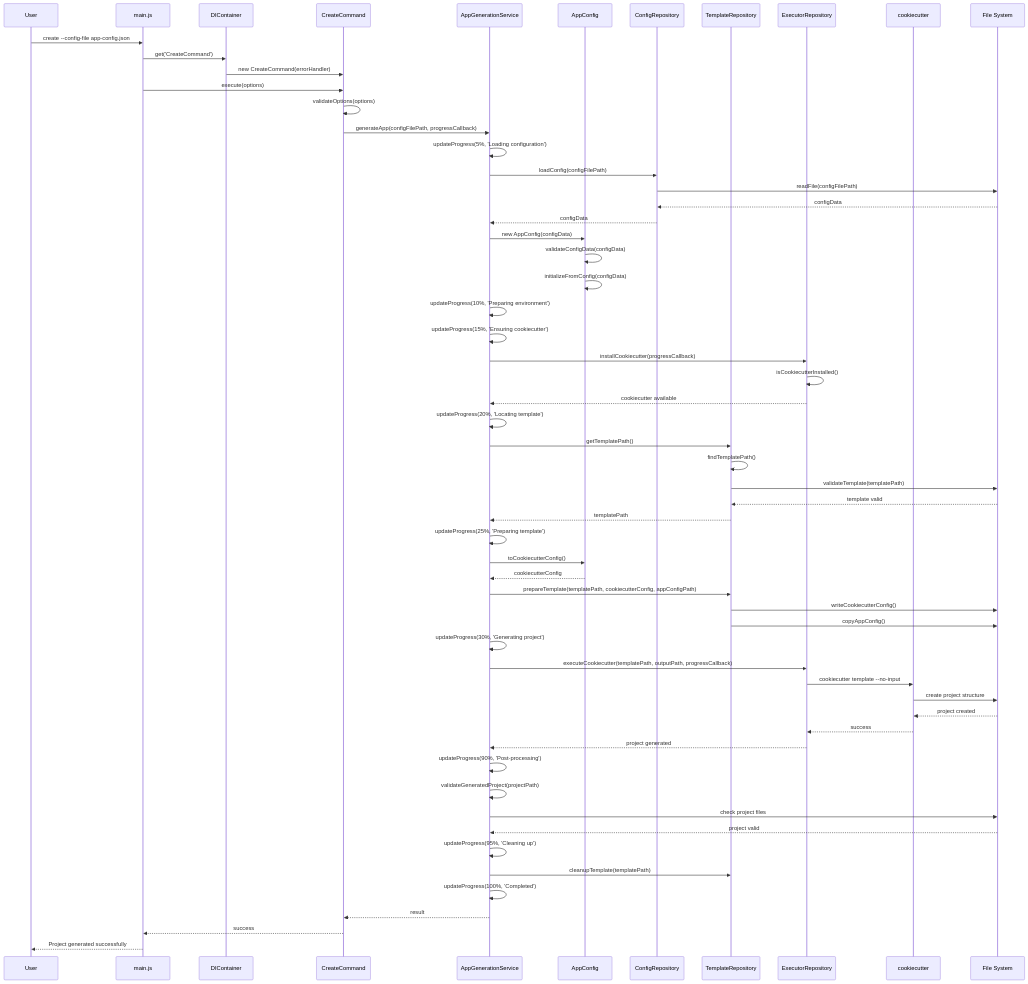
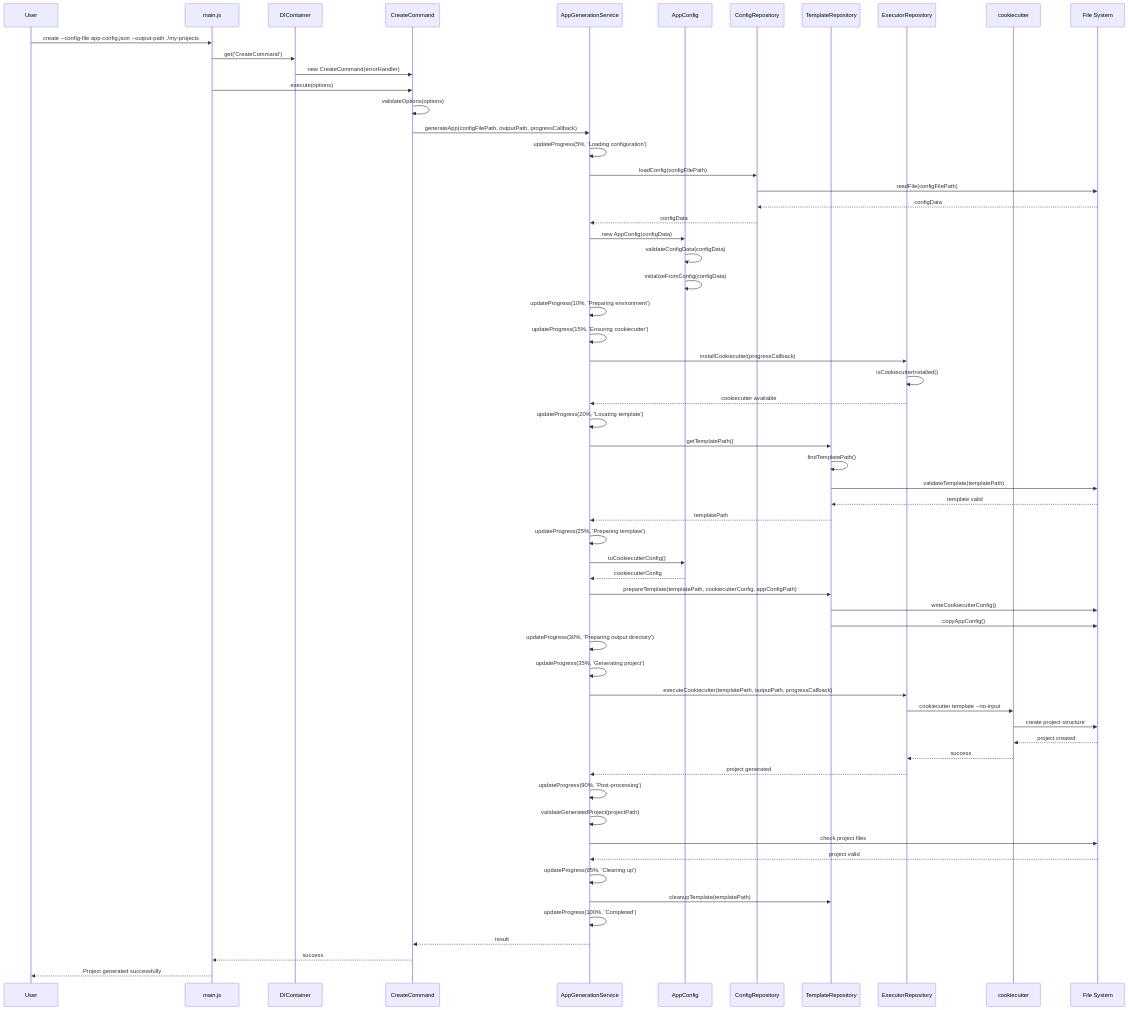
One commit to AppAnySite/aas-core-appgen changed the diagram in docs/diagrams/sequence-diagram-create.md. Above: the diagram before and after it, drawn with Mermaid. The commit also changed other lines of this file and 6 other files, not shown here.

Commit message:
add output path to creation

````diff
--- a/docs/diagrams/sequence-diagram-create.md
+++ b/docs/diagrams/sequence-diagram-create.md
@@ -5,79 +5,80 @@
 ```mermaid
 sequenceDiagram
     participant User as User
     participant Main as main.js
     participant DI as DIContainer
     participant Cmd as CreateCommand
     participant Service as AppGenerationService
     participant Config as AppConfig
     participant ConfigRepo as ConfigRepository
     participant TemplateRepo as TemplateRepository
     participant ExecutorRepo as ExecutorRepository
     participant Cookie as cookiecutter
     participant FS as File System
     
-    User->>Main: create --config-file app-config.json
+    User->>Main: create --config-file app-config.json --output-path ./my-projects
     Main->>DI: get('CreateCommand')
     DI->>Cmd: new CreateCommand(errorHandler)
     Main->>Cmd: execute(options)
     
     %% Validation Phase
     Cmd->>Cmd: validateOptions(options)
     
     %% Configuration Loading
-    Cmd->>Service: generateApp(configFilePath, progressCallback)
+    Cmd->>Service: generateApp(configFilePath, outputPath, progressCallback)
     Service->>Service: updateProgress(5%, 'Loading configuration')
     Service->>ConfigRepo: loadConfig(configFilePath)
     ConfigRepo->>FS: readFile(configFilePath)
     FS-->>ConfigRepo: configData
     ConfigRepo-->>Service: configData
     Service->>Config: new AppConfig(configData)
     Config->>Config: validateConfigData(configData)
     Config->>Config: initializeFromConfig(configData)
     
     %% Environment Preparation
     Service->>Service: updateProgress(10%, 'Preparing environment')
     Service->>Service: updateProgress(15%, 'Ensuring cookiecutter')
     Service->>ExecutorRepo: installCookiecutter(progressCallback)
     ExecutorRepo->>ExecutorRepo: isCookiecutterInstalled()
     ExecutorRepo-->>Service: cookiecutter available
     
     %% Template Preparation
     Service->>Service: updateProgress(20%, 'Locating template')
     Service->>TemplateRepo: getTemplatePath()
     TemplateRepo->>TemplateRepo: findTemplatePath()
     TemplateRepo->>FS: validateTemplate(templatePath)
     FS-->>TemplateRepo: template valid
     TemplateRepo-->>Service: templatePath
     
     Service->>Service: updateProgress(25%, 'Preparing template')
     Service->>Config: toCookiecutterConfig()
     Config-->>Service: cookiecutterConfig
     Service->>TemplateRepo: prepareTemplate(templatePath, cookiecutterConfig, appConfigPath)
     TemplateRepo->>FS: writeCookiecutterConfig()
     TemplateRepo->>FS: copyAppConfig()
     
     %% Project Generation
-    Service->>Service: updateProgress(30%, 'Generating project')
+    Service->>Service: updateProgress(30%, 'Preparing output directory')
+    Service->>Service: updateProgress(35%, 'Generating project')
     Service->>ExecutorRepo: executeCookiecutter(templatePath, outputPath, progressCallback)
     ExecutorRepo->>Cookie: cookiecutter template --no-input
     Cookie->>FS: create project structure
     FS-->>Cookie: project created
     Cookie-->>ExecutorRepo: success
     ExecutorRepo-->>Service: project generated
     
     %% Post-processing
     Service->>Service: updateProgress(90%, 'Post-processing')
     Service->>Service: validateGeneratedProject(projectPath)
     Service->>FS: check project files
     FS-->>Service: project valid
     
     %% Cleanup
     Service->>Service: updateProgress(95%, 'Cleaning up')
     Service->>TemplateRepo: cleanupTemplate(templatePath)
     Service->>Service: updateProgress(100%, 'Completed')
     
     Service-->>Cmd: result
     Cmd-->>Main: success
     Main-->>User: Project generated successfully
 ```
````
